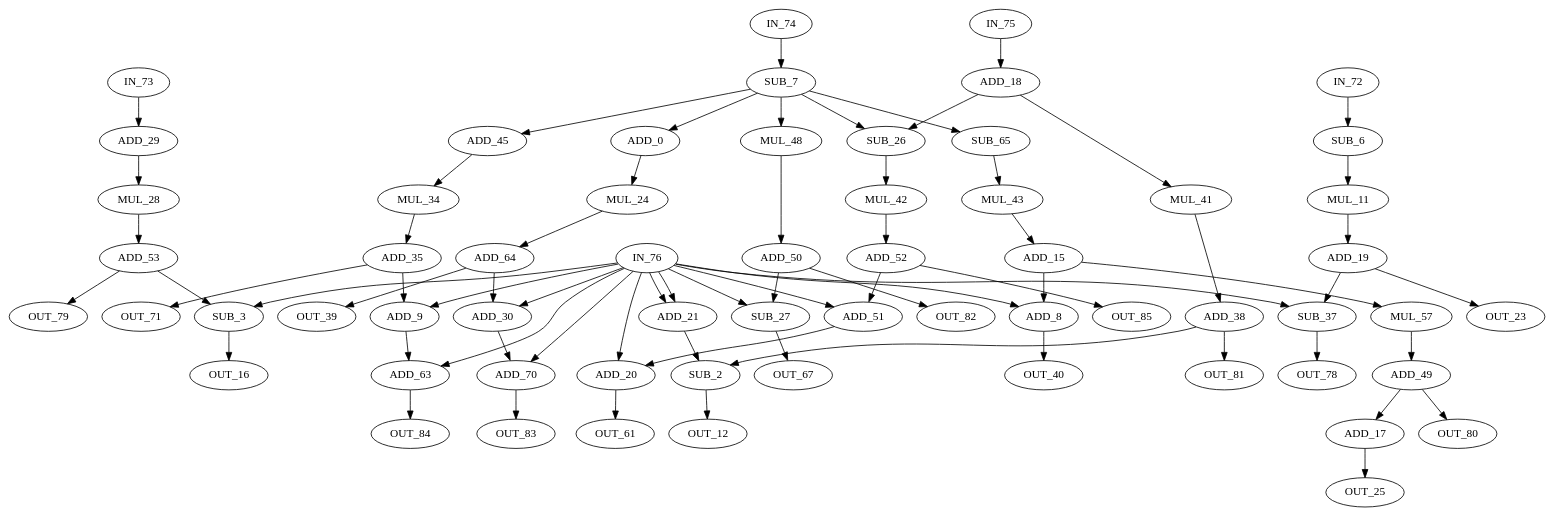
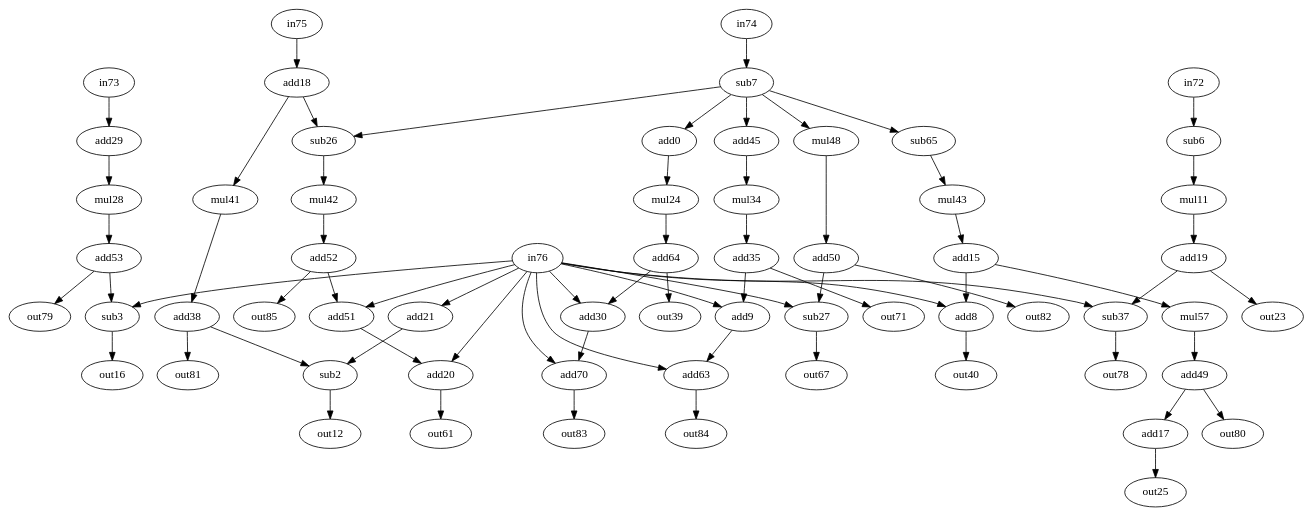
One commit to jeronimopenha/traversal_project changed the diagram in bench/test_bench/assincrono/collapse_pyr.dot. Above: the diagram before and after it, drawn with Graphviz. The commit also changed 61 other files, not shown here.

```diff
--- a/bench/test_bench/assincrono/collapse_pyr.dot
+++ b/bench/test_bench/assincrono/collapse_pyr.dot
@@ -1,133 +1,131 @@
-digraph collapse_pyr {
-    0 [label = ADD_0 op = add ] ;
-    2 [label = SUB_2 op = sub ] ;
-    3 [label = SUB_3 op = sub ] ;
-    6 [label = SUB_6 op = subi value = 2 ] ;
-    7 [label = SUB_7 op = subi value = 2 ] ;
-    8 [label = ADD_8 op = add ] ;
-    9 [label = ADD_9 op = add ] ;
-    11 [label = MUL_11 op = muli value = 2 ] ;
-    12 [label = OUT_12 op = out ] ;
-    15 [label = ADD_15 op = addi value = 2 ] ;
-    16 [label = OUT_16 op = out ] ;
-    17 [label = ADD_17 op = addi value = 2 ] ;
-    18 [label = ADD_18 op = addi value = 2 ] ;
-    19 [label = ADD_19 op = addi value = 2 ] ;
-    20 [label = ADD_20 op = add ] ;
-    21 [label = ADD_21 op = add ] ;
-    23 [label = OUT_23 op = OUT ] ;
-    24 [label = MUL_24 op = muli value = 2 ] ;
-    25 [label = OUT_25 op = OUT ] ;
-    26 [label = SUB_26 op = sub ] ;
-    27 [label = SUB_27 op = sub ] ;
-    28 [label = MUL_28 op = muli value = 2 ] ;
-    29 [label = ADD_29 op = addi value = 2 ] ;
-    30 [label = ADD_30 op = add ] ;
-    34 [label = MUL_34 op = muli value = 2 ] ;
-    35 [label = ADD_35 op = addi value = 2 ] ;
-    37 [label = SUB_37 op = sub ] ;
-    38 [label = ADD_38 op = addi value = 2 ] ;
-    39 [label = OUT_39 op = out ] ;
-    40 [label = OUT_40 op = out ] ;
-    41 [label = MUL_41 op = muli value = 2 ] ;
-    42 [label = MUL_42 op = muli value = 2 ] ;
-    43 [label = MUL_43 op = muli value = 2 ] ;
-    45 [label = ADD_45 op = addi value = 2 ] ;
-    48 [label = MUL_48 op = muli value = 2 ] ;
-    49 [label = ADD_49 op = addi value = 2 ] ;
-    50 [label = ADD_50 op = addi value = 2 ] ;
-    51 [label = ADD_51 op = add ] ;
-    52 [label = ADD_52 op = addi value = 2 ] ;
-    53 [label = ADD_53 op = addi value = 2 ] ;
-    57 [label = MUL_57 op = muli value = 2 ] ;
-    61 [label = OUT_61 op = out ] ;
-    63 [label = ADD_63 op = add ] ;
-    64 [label = ADD_64 op = addi value = 2 ] ;
-    65 [label = SUB_65 op = subi value = 2 ] ;
-    67 [label = OUT_67 op = out ] ;
-    70 [label = ADD_70 op = add ] ;
-    71 [label = OUT_71 op = out ] ;
-    72 [label = IN_72 op = in ] ;
-    73 [label = IN_73 op = in ] ;
-    74 [label = IN_74 op = in ] ;
-    75 [label = IN_75 op = in ] ;
-    76 [label = IN_76 op = in ] ;
-    78 [label = OUT_78 op = out ] ;
-    79 [label = OUT_79 op = out ] ;
-    80 [label = OUT_80 op = out ] ;
-    81 [label = OUT_81 op = out ] ;
-    82 [label = OUT_82 op = out ] ;
-    83 [label = OUT_83 op = out ] ;
-    84 [label = OUT_84 op = out ] ;
-    85 [label = OUT_85 op = out ] ;
-
-    7 -> 0 [port = 0  w = 0 ] ;
-    18 -> 26 [port = 0  w = 0 ] ;
-    18 -> 41 [port = 0  w = 0 ] ;
-    21 -> 2 [port = 0  w = 0 ] ;
-    38 -> 2 [port = 1  w = 0 ] ;
-    53 -> 3 [port = 0  w = 0 ] ;
-    76 -> 3 [port = 1  w = 0 ] ;
-    72 -> 6 [port = 0  w = 0 ] ;
-    74 -> 7 [port = 0  w = 0 ] ;
-    76 -> 8 [port = 0  w = 0 ] ;
-    15 -> 8 [port = 1  w = 0 ] ;
-    76 -> 9 [port = 0  w = 0 ] ;
-    35 -> 9 [port = 1  w = 0 ] ;
-    6 -> 11 [port = 0  w = 0 ] ;
-    2 -> 12 [port = 0  w = 0 ] ;
-    38 -> 81 [port = 0  w = 0 ] ;
-    43 -> 15 [port = 0  w = 0 ] ;
-    3 -> 16 [port = 0  w = 0 ] ;
-    53 -> 79 [port = 0  w = 0 ] ;
-    75 -> 18 [port = 0  w = 0 ] ;
-    11 -> 19 [port = 0  w = 0 ] ;
-    76 -> 20 [port = 0  w = 0 ] ;
-    51 -> 20 [port = 1  w = 0 ] ;
-    76 -> 21 [port = 0  w = 0 ] ;
-    76 -> 21 [port = 1  w = 0 ] ;
-    19 -> 23 [port = 0  w = 0 ] ;
-    37 -> 78 [port = 0  w = 0 ] ;
-    0 -> 24 [port = 0  w = 0 ] ;
-    17 -> 25 [port = 0  w = 0 ] ;
-    49 -> 80 [port = 0  w = 0 ] ;
-    7 -> 26 [port = 1  w = 0 ] ;
-    76 -> 27 [port = 0  w = 0 ] ;
-    50 -> 27 [port = 1  w = 0 ] ;
-    29 -> 28 [port = 0  w = 0 ] ;
-    73 -> 29 [port = 0  w = 0 ] ;
-    76 -> 30 [port = 0  w = 0 ] ;
-    64 -> 30 [port = 1  w = 0 ] ;
-    45 -> 34 [port = 0  w = 0 ] ;
-    34 -> 35 [port = 0  w = 0 ] ;
-    19 -> 37 [port = 0  w = 0 ] ;
-    76 -> 37 [port = 1  w = 0 ] ;
-    41 -> 38 [port = 0  w = 0 ] ;
-    64 -> 39 [port = 0  w = 0 ] ;
-    70 -> 83 [port = 0  w = 0 ] ;
-    8 -> 40 [port = 0  w = 0 ] ;
-    26 -> 42 [port = 0  w = 0 ] ;
-    65 -> 43 [port = 0  w = 0 ] ;
-    49 -> 17 [port = 0  w = 0 ] ;
-    7 -> 45 [port = 0  w = 0 ] ;
-    7 -> 48 [port = 0  w = 0 ] ;
-    57 -> 49 [port = 0  w = 0 ] ;
-    48 -> 50 [port = 0  w = 0 ] ;
-    52 -> 51 [port = 0  w = 0 ] ;
-    76 -> 51 [port = 1  w = 0 ] ;
-    42 -> 52 [port = 0  w = 0 ] ;
-    28 -> 53 [port = 0  w = 0 ];
-    15 -> 57 [port = 0  w = 0 ] ;
-    20 -> 61 [port = 0  w = 0 ] ;
-    52 -> 85 [port = 0  w = 0 ] ;
-    9 -> 63 [port = 0  w = 0 ] ;
-    76 -> 63 [port = 1  w = 0 ] ;
-    24 -> 64 [port = 0  w = 0 ] ;
-    7 -> 65 [port = 0  w = 0 ] ;
-    27 -> 67 [port = 0  w = 0 ] ;
-    50 -> 82 [port = 0  w = 0 ] ;
-    30 -> 70 [port = 0  w = 0 ] ;
-    76 -> 70 [port = 1  w = 0 ] ;
-    35 -> 71 [port = 0  w = 0 ] ;
-    63 -> 84 [port = 0  w = 0 ] ;
+strict digraph "collapse_pyr" {
+0 [alap=2, asap=2, label=add0, op=addi, value=2];
+2 [alap=4, asap=4, label=sub2, op=sub];
+3 [alap=4, asap=4, label=sub3, op=sub];
+6 [alap=1, asap=1, label=sub6, op=subi, value=2];
+7 [alap=1, asap=1, label=sub7, op=subi, value=2];
+8 [alap=5, asap=5, label=add8, op=add];
+9 [alap=5, asap=5, label=add9, op=add];
+11 [alap=2, asap=2, label=mul11, op=muli, value=2];
+12 [alap=5, asap=5, label=out12, op=out];
+15 [alap=4, asap=4, label=add15, op=addi, value=2];
+16 [alap=5, asap=5, label=out16, op=out];
+17 [alap=7, asap=7, label=add17, op=addi, value=2];
+18 [alap=1, asap=1, label=add18, op=addi, value=2];
+19 [alap=3, asap=3, label=add19, op=addi, value=2];
+20 [alap=6, asap=6, label=add20, op=add];
+21 [alap=3, asap=1, label=add21, op=addi, value=2];
+23 [alap=4, asap=4, label=out23, op=out];
+24 [alap=3, asap=3, label=mul24, op=muli, value=2];
+25 [alap=8, asap=8, label=out25, op=out];
+26 [alap=2, asap=2, label=sub26, op=sub];
+27 [alap=4, asap=4, label=sub27, op=sub];
+28 [alap=2, asap=2, label=mul28, op=muli, value=2];
+29 [alap=1, asap=1, label=add29, op=addi, value=2];
+30 [alap=5, asap=5, label=add30, op=add];
+34 [alap=3, asap=3, label=mul34, op=muli, value=2];
+35 [alap=4, asap=4, label=add35, op=addi, value=2];
+37 [alap=4, asap=4, label=sub37, op=sub];
+38 [alap=3, asap=3, label=add38, op=addi, value=2];
+39 [alap=5, asap=5, label=out39, op=out];
+40 [alap=6, asap=6, label=out40, op=out];
+41 [alap=2, asap=2, label=mul41, op=muli, value=2];
+42 [alap=3, asap=3, label=mul42, op=muli, value=2];
+43 [alap=3, asap=3, label=mul43, op=muli, value=2];
+45 [alap=2, asap=2, label=add45, op=addi, value=2];
+48 [alap=2, asap=2, label=mul48, op=muli, value=2];
+49 [alap=6, asap=6, label=add49, op=addi, value=2];
+50 [alap=3, asap=3, label=add50, op=addi, value=2];
+51 [alap=5, asap=5, label=add51, op=add];
+52 [alap=4, asap=4, label=add52, op=addi, value=2];
+53 [alap=3, asap=3, label=add53, op=addi, value=2];
+57 [alap=5, asap=5, label=mul57, op=muli, value=2];
+61 [alap=7, asap=7, label=out61, op=out];
+63 [alap=6, asap=6, label=add63, op=add];
+64 [alap=4, asap=4, label=add64, op=addi, value=2];
+65 [alap=2, asap=2, label=sub65, op=subi, value=2];
+67 [alap=5, asap=5, label=out67, op=out];
+70 [alap=6, asap=6, label=add70, op=add];
+71 [alap=5, asap=5, label=out71, op=out];
+72 [alap=0, asap=0, label=in72, op=in];
+73 [alap=0, asap=0, label=in73, op=in];
+74 [alap=0, asap=0, label=in74, op=in];
+75 [alap=0, asap=0, label=in75, op=in];
+76 [alap=2, asap=0, label=in76, op=in];
+78 [alap=5, asap=5, label=out78, op=out];
+79 [alap=4, asap=4, label=out79, op=out];
+80 [alap=7, asap=7, label=out80, op=out];
+81 [alap=4, asap=4, label=out81, op=out];
+82 [alap=4, asap=4, label=out82, op=out];
+83 [alap=7, asap=7, label=out83, op=out];
+84 [alap=7, asap=7, label=out84, op=out];
+85 [alap=5, asap=5, label=out85, op=out];
+0 -> 24  [port=0, w=0];
+2 -> 12  [port=0, w=0];
+3 -> 16  [port=0, w=0];
+6 -> 11  [port=0, w=0];
+7 -> 0  [port=0, w=0];
+7 -> 26  [port=0, w=0];
+7 -> 45  [port=0, w=0];
+7 -> 48  [port=0, w=0];
+7 -> 65  [port=0, w=0];
+8 -> 40  [port=0, w=0];
+9 -> 63  [port=0, w=0];
+11 -> 19  [port=0, w=0];
+15 -> 8  [port=0, w=0];
+15 -> 57  [port=0, w=0];
+17 -> 25  [port=0, w=0];
+18 -> 26  [port=1, w=0];
+18 -> 41  [port=0, w=0];
+19 -> 23  [port=0, w=0];
+19 -> 37  [port=0, w=0];
+20 -> 61  [port=0, w=0];
+21 -> 2  [port=0, w=0];
+24 -> 64  [port=0, w=0];
+26 -> 42  [port=0, w=0];
+27 -> 67  [port=0, w=0];
+28 -> 53  [port=0, w=0];
+29 -> 28  [port=0, w=0];
+30 -> 70  [port=0, w=0];
+34 -> 35  [port=0, w=0];
+35 -> 9  [port=0, w=0];
+35 -> 71  [port=0, w=0];
+37 -> 78  [port=0, w=0];
+38 -> 2  [port=1, w=0];
+38 -> 81  [port=0, w=0];
+41 -> 38  [port=0, w=0];
+42 -> 52  [port=0, w=0];
+43 -> 15  [port=0, w=0];
+45 -> 34  [port=0, w=0];
+48 -> 50  [port=0, w=0];
+49 -> 80  [port=0, w=0];
+49 -> 17  [port=0, w=0];
+50 -> 27  [port=0, w=0];
+50 -> 82  [port=0, w=0];
+51 -> 20  [port=0, w=0];
+52 -> 51  [port=0, w=0];
+52 -> 85  [port=0, w=0];
+53 -> 3  [port=0, w=0];
+53 -> 79  [port=0, w=0];
+57 -> 49  [port=0, w=0];
+63 -> 84  [port=0, w=0];
+64 -> 30  [port=0, w=0];
+64 -> 39  [port=0, w=0];
+65 -> 43  [port=0, w=0];
+70 -> 83  [port=0, w=0];
+72 -> 6  [port=0, w=0];
+73 -> 29  [port=0, w=0];
+74 -> 7  [port=0, w=0];
+75 -> 18  [port=0, w=0];
+76 -> 3  [port=1, w=0];
+76 -> 8  [port=1, w=0];
+76 -> 9  [port=1, w=0];
+76 -> 20  [port=1, w=0];
+76 -> 21  [port=0, w=0];
+76 -> 27  [port=1, w=0];
+76 -> 30  [port=1, w=0];
+76 -> 37  [port=1, w=0];
+76 -> 51  [port=1, w=0];
+76 -> 63  [port=1, w=0];
+76 -> 70  [port=1, w=0];
 }
```
